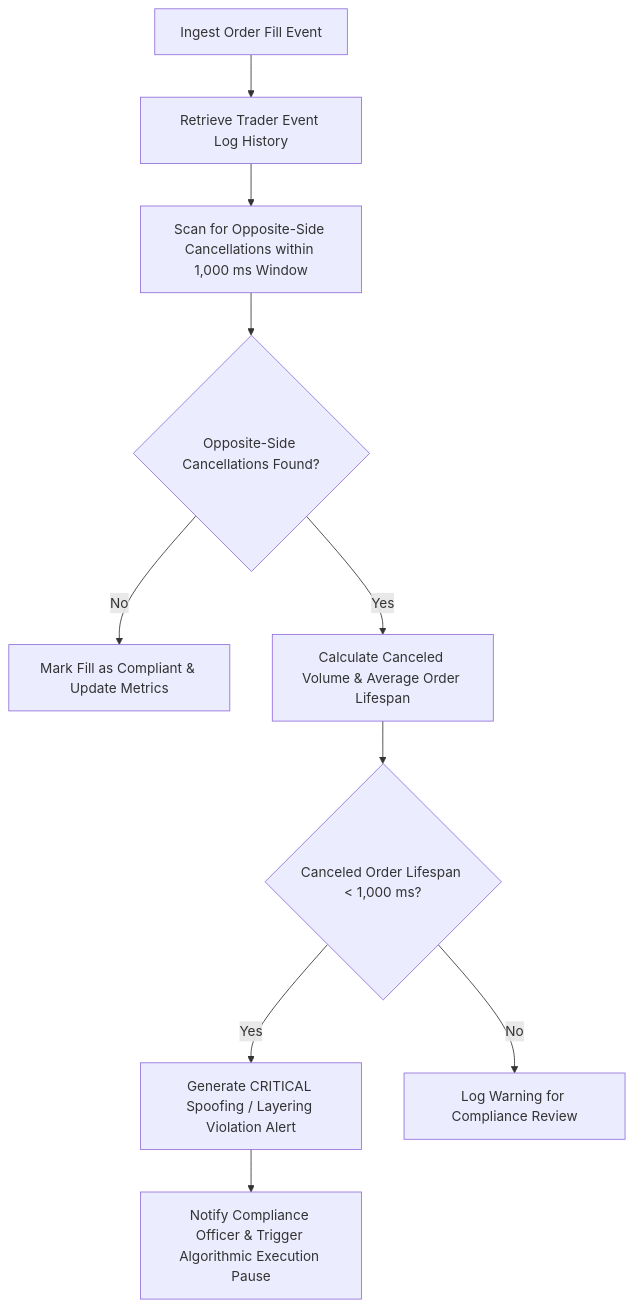
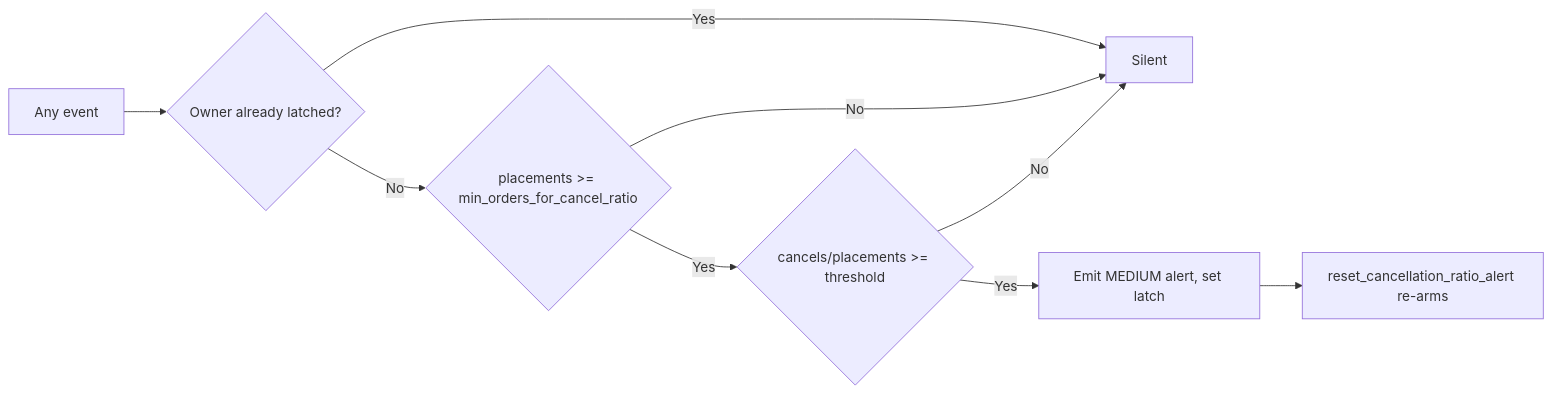
The third of 3 diagrams in skills/wash-trade-and-spoofing-self-detection/references/workflows.md (HimanshuJ16/Algo-Trading-Skills), drawn with Mermaid before and after one commit. The commit also changed other lines of this file and 443 other files, not shown here.

````diff
--- a/skills/wash-trade-and-spoofing-self-detection/references/workflows.md
+++ b/skills/wash-trade-and-spoofing-self-detection/references/workflows.md
@@ -28,17 +98,11 @@
 ```mermaid
-flowchart TD
-    A[Ingest Order Fill Event] --> B[Retrieve Trader Event Log History]
-    
-    B --> C[Scan for Opposite-Side Cancellations within 1,000 ms Window]
-    C --> D{Opposite-Side Cancellations Found?}
-    
-    D -- No --> E[Mark Fill as Compliant & Update Metrics]
-    D -- Yes --> F[Calculate Canceled Volume & Average Order Lifespan]
-    
-    F --> G{Canceled Order Lifespan < 1,000 ms?}
-    
-    G -- Yes --> H[Generate CRITICAL Spoofing / Layering Violation Alert]
-    G -- No --> I[Log Warning for Compliance Review]
-    
-    H --> J[Notify Compliance Officer & Trigger Algorithmic Execution Pause]
+flowchart LR
+    A[Any event] --> B{Owner already latched?}
+    B -- Yes --> Z[Silent]
+    B -- No --> C{placements >= min_orders_for_cancel_ratio}
+    C -- No --> Z
+    C -- Yes --> D{cancels/placements >= threshold}
+    D -- No --> Z
+    D -- Yes --> E[Emit MEDIUM alert, set latch]
+    E --> F[reset_cancellation_ratio_alert re-arms]
 ```
````
